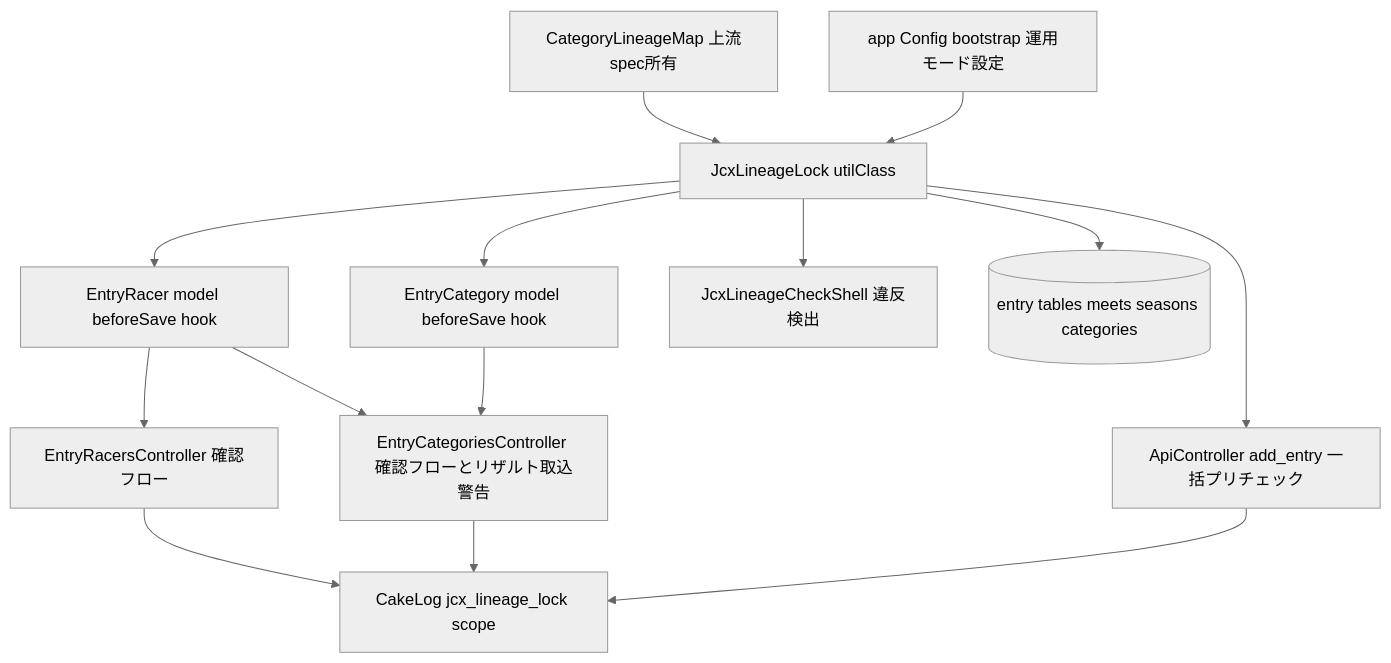
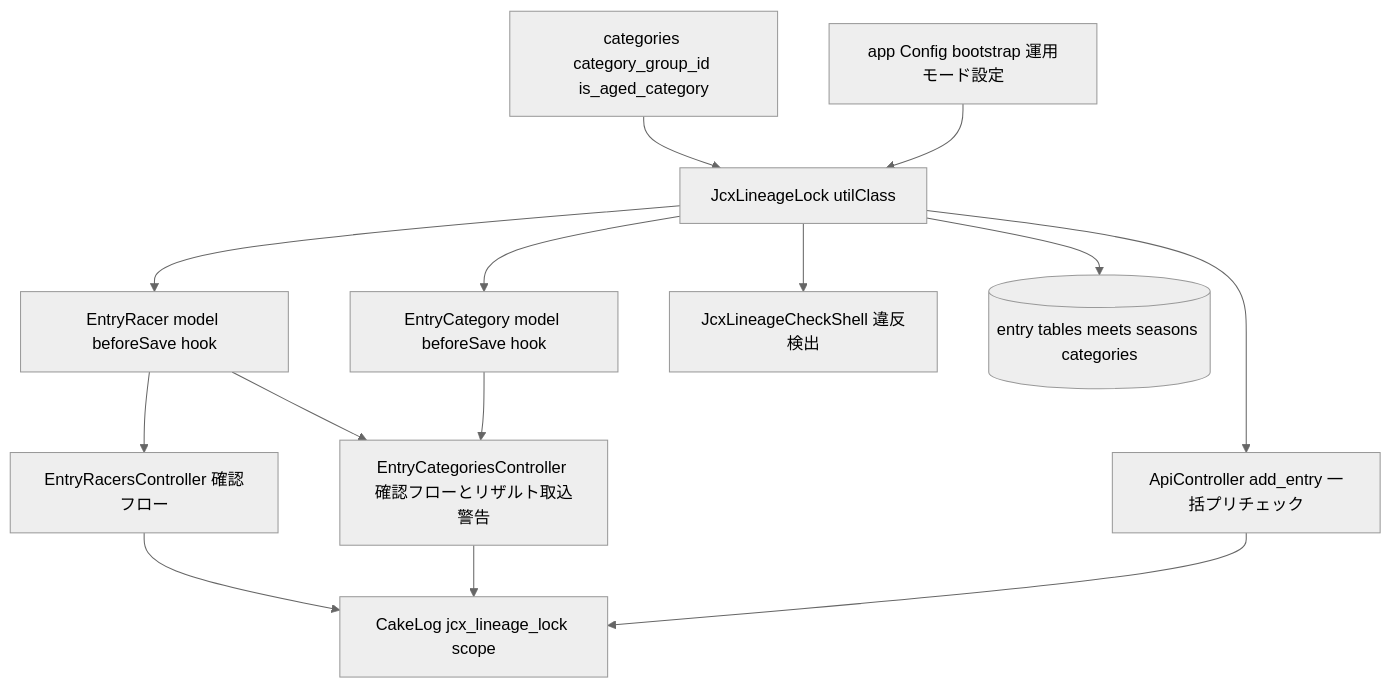
One commit to cyclox-dev/cyclox2_docker changed the first of 3 diagrams in .kiro/specs/jcx-lineage-lock-2026-27/design.md. Above: the diagram before and after it, drawn with Mermaid (neutral theme). The commit also changed other lines of this file and 4 other files, not shown here.

First line of the commit message:
docs(jcx-lineage-lock-2026-27): 系統判定の設計をCategoryLineageMap非依存へ改訂・承認

````diff
--- a/.kiro/specs/jcx-lineage-lock-2026-27/design.md
+++ b/.kiro/specs/jcx-lineage-lock-2026-27/design.md
@@ -92,28 +115,28 @@
 ```mermaid
 graph TB
-    Map[CategoryLineageMap 上流spec所有]
+    Cat[categories category_group_id is_aged_category]
     Lock[JcxLineageLock utilClass]
     Config[app Config bootstrap 運用モード設定]
     ERModel[EntryRacer model beforeSave hook]
     ECModel[EntryCategory model beforeSave hook]
     ERC[EntryRacersController 確認フロー]
     ECC[EntryCategoriesController 確認フローとリザルト取込警告]
     API[ApiController add_entry 一括プリチェック]
     Shell[JcxLineageCheckShell 違反検出]
     Log[CakeLog jcx_lineage_lock scope]
     DB[(entry tables meets seasons categories)]
 
-    Map --> Lock
+    Cat --> Lock
     Config --> Lock
     Lock --> ERModel
     Lock --> ECModel
     Lock --> API
     Lock --> Shell
     ERModel --> ERC
     ERModel --> ECC
     ECModel --> ECC
     ERC --> Log
     ECC --> Log
     API --> Log
     Lock --> DB
 ```
````
